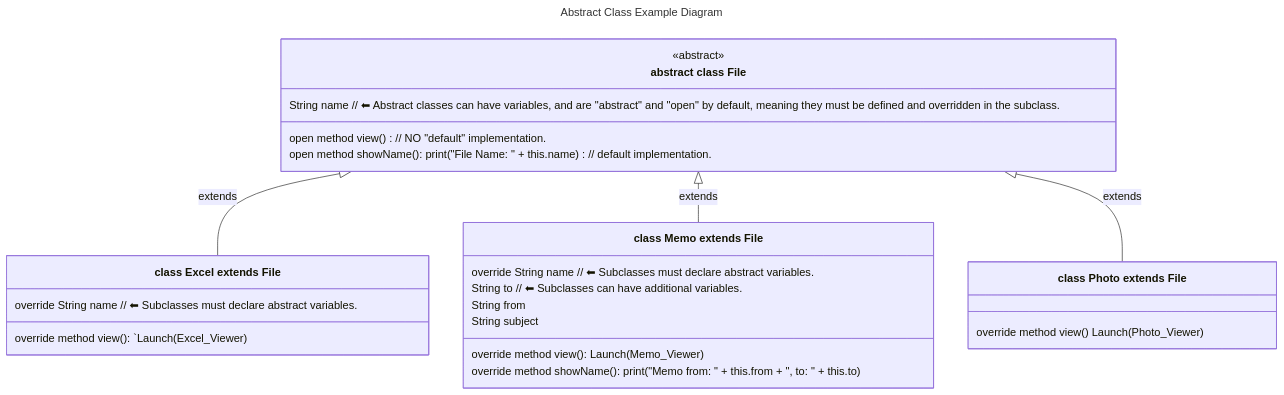
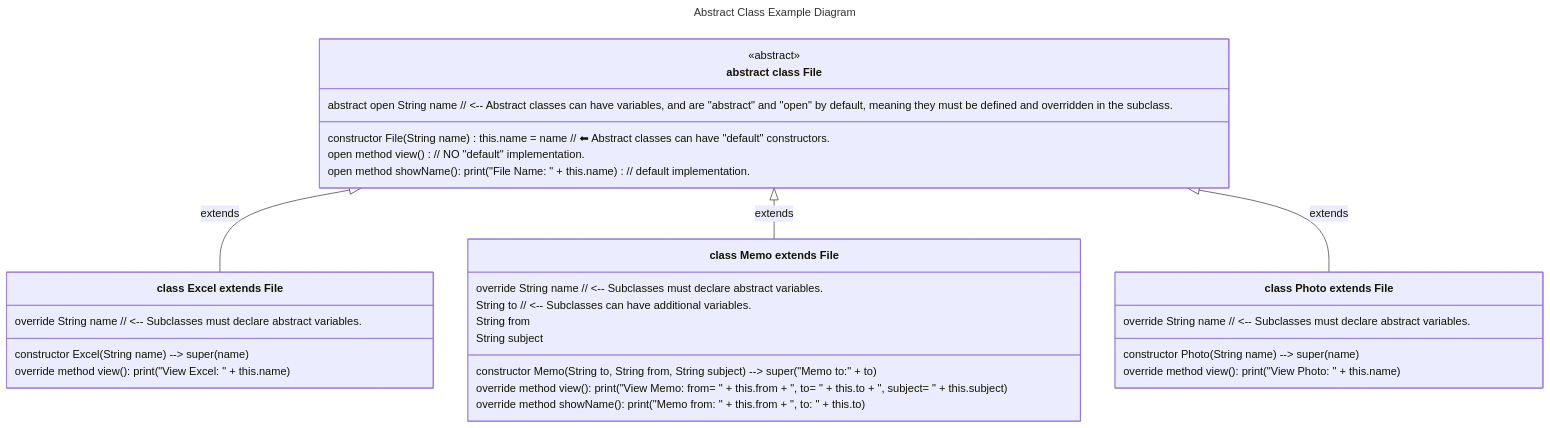
One commit to realityexpander/How_to_program_from_ground_up changed the sixth of 8 diagrams in 09-ClassOrientedProgramming.md. Above: the diagram before and after it, drawn with Mermaid. The commit also changed other lines of this file, not shown here.

Commit message:
improve code examples

````diff
--- a/09-ClassOrientedProgramming.md
+++ b/09-ClassOrientedProgramming.md
@@ -693,35 +693,47 @@
     ```mermaid
     ---
     title: Abstract Class Example Diagram
       
     ---
     classDiagram
     direction TB
     File <|-- Excel : extends
     File <|-- Memo : extends
     File <|-- Photo : extends
       
     class File["abstract class File"] {
-       String name  // ⬅︎ Abstract classes can have variables, and are "abstract" and "open" by default, meaning they must be defined and overridden in the subclass.
+       abstract open String name  // <-- Abstract classes can have variables, and are "abstract" and "open" by default, meaning they must be defined and overridden in the subclass.
+       
+       constructor File(String name) this.name = name // ⬅︎ Abstract classes can have "default" constructors.
+        
        open method view() // NO "default" implementation.
-       open method showName():  print("File Name: " + this.name) // default implementation.
+       open method showName(): print("File Name: " + this.name) // default implementation.
     }
     <<abstract>> File 
       
     class Excel["class Excel extends File"] {
-       override String name // ⬅︎ Subclasses must declare abstract variables.
-       override method view(): `Launch(Excel_Viewer) 
+       override String name // <-- Subclasses must declare abstract variables.
+    
+       constructor Excel(String name) --> super(name)
+    
+       override method view(): print("View Excel: " + this.name) 
     }
     class Memo["class Memo extends File"] {
-       override String name // ⬅︎ Subclasses must declare abstract variables.
-       String to  // ⬅︎ Subclasses can have additional variables.
+       override String name // <-- Subclasses must declare abstract variables.
+       String to  // <-- Subclasses can have additional variables.
        String from
        String subject
+    
+         constructor Memo(String to, String from, String subject) --> super("Memo to:" + to)
        
-       override method view(): Launch(Memo_Viewer) 
+       override method view(): print("View Memo: from= " + this.from + ", to= " + this.to + ", subject= " + this.subject) 
        override method showName(): print("Memo from: " + this.from + ", to: " + this.to)
     }
     class Photo["class Photo extends File"] {
-       override method view() Launch(Photo_Viewer)
+       override String name // <-- Subclasses must declare abstract variables.
+    
+         constructor Photo(String name) --> super(name)
+       
+       override method view(): print("View Photo: " + this.name)
     }
     ```
````
